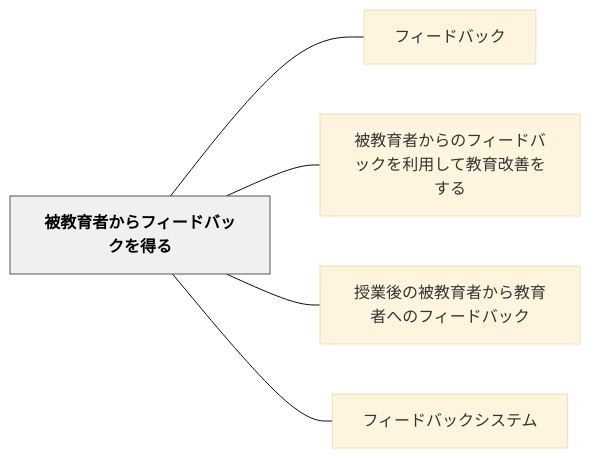
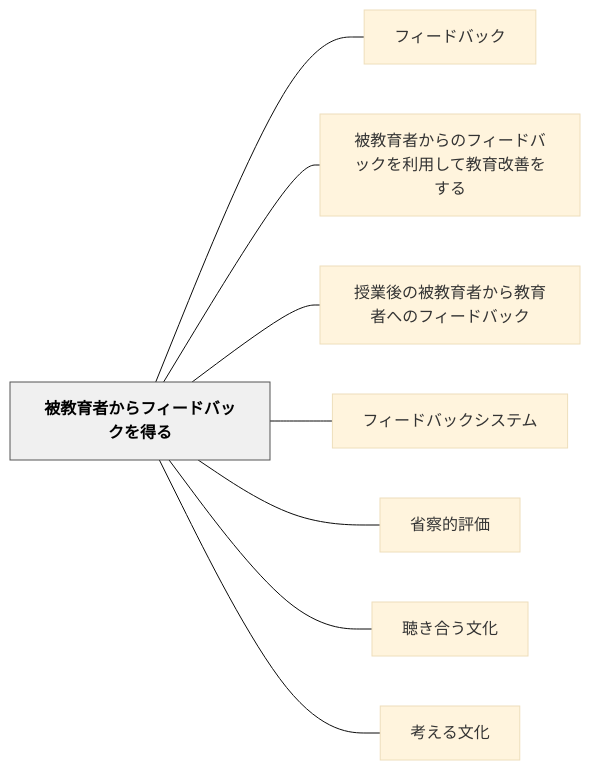
Before and after one commit to unknownthings-ed-patterns/unknownthings-ed-patterns: the diagram in content/パタン/被教育者からフィードバックを得る.md, drawn with Mermaid (base theme). The commit also changed 20 other files, not shown here.

````diff
--- a/content/パタン/被教育者からフィードバックを得る.md
+++ b/content/パタン/被教育者からフィードバックを得る.md
@@ -47,16 +44,22 @@
 ```mermaid
 flowchart LR
     ne8a2abe69599e882b2e88085e3818be38289e38395e382a3e383bce38389e38390e38383e382afe38292e5be97e3828b["被教育者からフィードバックを得る"]
     ne38395e382a3e383bce38389e38390e38383e382af["フィードバック"]
     ne8a2abe69599e882b2e88085e3818be38289e381aee38395e382a3e383bce38389e38390e38383e382afe38292e588a9e794a8e38197e381a6e69599e882b2e694b9e59684e38292e38199e3828b["被教育者からのフィードバックを利用して教育改善をする"]
     ne68e88e6a5ade5be8ce381aee8a2abe69599e882b2e88085e3818be38289e69599e882b2e88085e381b8e381aee38395e382a3e383bce38389e38390e38383e382af["授業後の被教育者から教育者へのフィードバック"]
     ne38395e382a3e383bce38389e38390e38383e382afe382b7e382b9e38386e383a0["フィードバックシステム"]
+    ne79c81e5af9fe79a84e8a995e4bea1["省察的評価"]
+    ne881b4e3818de59088e38186e69687e58c96["聴き合う文化"]
+    ne88083e38188e3828be69687e58c96["考える文化"]
 
     ne8a2abe69599e882b2e88085e3818be38289e38395e382a3e383bce38389e38390e38383e382afe38292e5be97e3828b --- ne38395e382a3e383bce38389e38390e38383e382af
     ne8a2abe69599e882b2e88085e3818be38289e38395e382a3e383bce38389e38390e38383e382afe38292e5be97e3828b --- ne8a2abe69599e882b2e88085e3818be38289e381aee38395e382a3e383bce38389e38390e38383e382afe38292e588a9e794a8e38197e381a6e69599e882b2e694b9e59684e38292e38199e3828b
     ne8a2abe69599e882b2e88085e3818be38289e38395e382a3e383bce38389e38390e38383e382afe38292e5be97e3828b --- ne68e88e6a5ade5be8ce381aee8a2abe69599e882b2e88085e3818be38289e69599e882b2e88085e381b8e381aee38395e382a3e383bce38389e38390e38383e382af
     ne8a2abe69599e882b2e88085e3818be38289e38395e382a3e383bce38389e38390e38383e382afe38292e5be97e3828b --- ne38395e382a3e383bce38389e38390e38383e382afe382b7e382b9e38386e383a0
+    ne8a2abe69599e882b2e88085e3818be38289e38395e382a3e383bce38389e38390e38383e382afe38292e5be97e3828b --- ne79c81e5af9fe79a84e8a995e4bea1
+    ne8a2abe69599e882b2e88085e3818be38289e38395e382a3e383bce38389e38390e38383e382afe38292e5be97e3828b --- ne881b4e3818de59088e38186e69687e58c96
+    ne8a2abe69599e882b2e88085e3818be38289e38395e382a3e383bce38389e38390e38383e382afe38292e5be97e3828b --- ne88083e38188e3828be69687e58c96
 
     classDef hub fill:#f0f0f0,stroke:#555,color:#000,font-weight:bold
     class ne8a2abe69599e882b2e88085e3818be38289e38395e382a3e383bce38389e38390e38383e382afe38292e5be97e3828b hub
 ```
````
